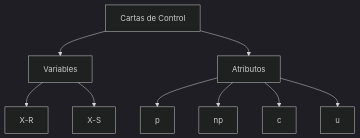
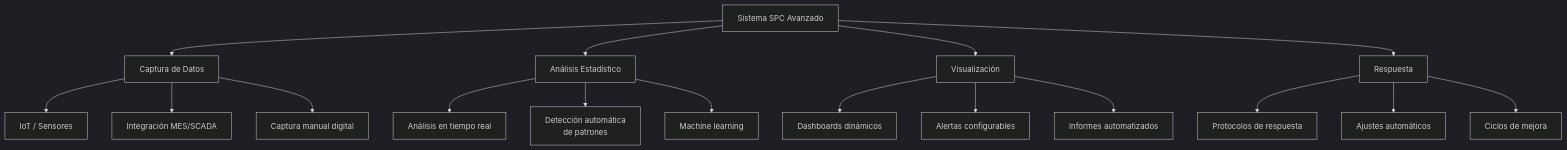
Before and after one commit to FCamaggi/gop-wiki: the first of 3 diagrams in public/content/clases/10-resumen-variabilidad-2025.05.13.md, drawn with Mermaid (dark theme). The commit also changed other lines of this file and 36 other files, not shown here.

````diff
--- a/public/content/clases/10-resumen-variabilidad-2025.05.13.md
+++ b/public/content/clases/10-resumen-variabilidad-2025.05.13.md
@@ -22,11 +21,23 @@
 ```mermaid
 graph TD
-    A[Cartas de Control] --> B[Variables]
-    A --> C[Atributos]
-    B --> D[X-R]
-    B --> E[X-S]
-    C --> F[p]
-    C --> G[np]
-    C --> H[c]
-    C --> I[u]
+    A[Sistema SPC Avanzado] --> B[Captura de Datos]
+    A --> C[Análisis Estadístico]
+    A --> D[Visualización]
+    A --> E[Respuesta]
+
+    B --> B1[IoT / Sensores]
+    B --> B2[Integración MES/SCADA]
+    B --> B3[Captura manual digital]
+
+    C --> C1[Análisis en tiempo real]
+    C --> C2[Detección automática<br>de patrones]
+    C --> C3[Machine learning]
+
+    D --> D1[Dashboards dinámicos]
+    D --> D2[Alertas configurables]
+    D --> D3[Informes automatizados]
+
+    E --> E1[Protocolos de respuesta]
+    E --> E2[Ajustes automáticos]
+    E --> E3[Ciclos de mejora]
 ```
````
